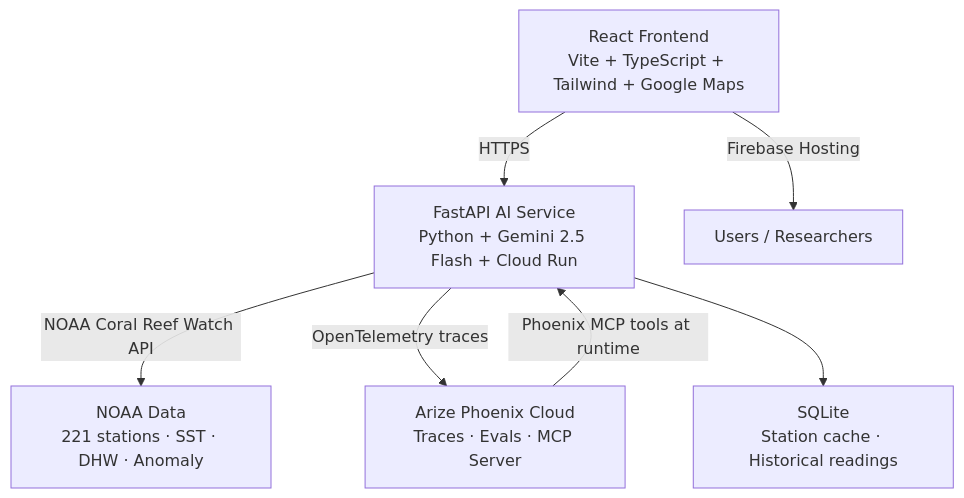
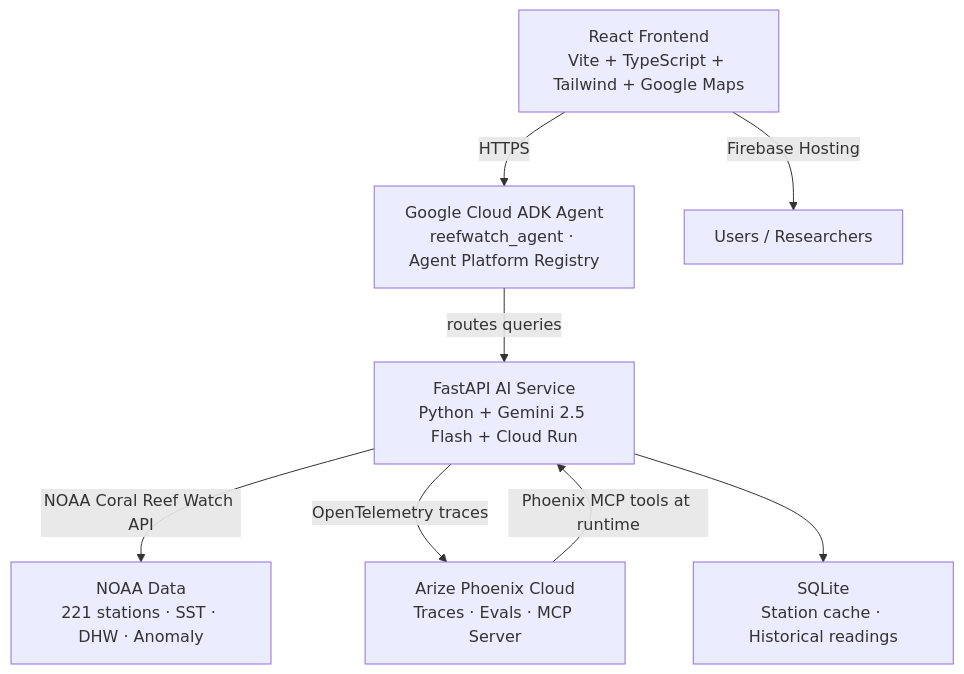
Before and after one commit to MahroshAtif2005/ReefWatch-AI: the diagram in README.md, drawn with Mermaid. The commit also changed other lines of this file, not shown here.

````diff
--- a/README.md
+++ b/README.md
@@ -75,9 +75,10 @@
 ```mermaid
 graph TD
-    A[React Frontend<br/>Vite + TypeScript + Tailwind + Google Maps] -->|HTTPS| B[FastAPI AI Service<br/>Python + Gemini 2.5 Flash + Cloud Run]
+    A[React Frontend<br/>Vite + TypeScript + Tailwind + Google Maps] -->|HTTPS| ADK[Google Cloud ADK Agent<br/>reefwatch_agent · Agent Platform Registry]
+    ADK -->|routes queries| B[FastAPI AI Service<br/>Python + Gemini 2.5 Flash + Cloud Run]
     B -->|NOAA Coral Reef Watch API| C[NOAA Data<br/>221 stations · SST · DHW · Anomaly]
     B -->|OpenTelemetry traces| D[Arize Phoenix Cloud<br/>Traces · Evals · MCP Server]
     D -->|Phoenix MCP tools at runtime| B
     B --> E[SQLite<br/>Station cache · Historical readings]
     A -->|Firebase Hosting| F[Users / Researchers]
 ```
````
